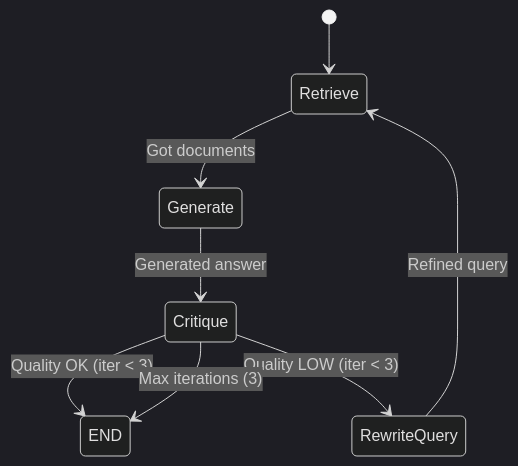
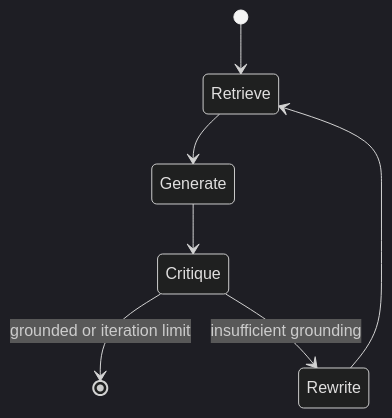
One commit to Ceskoslov/rag-prototype changed the second of 2 diagrams in docs/architecture.md. Above: the diagram before and after it, drawn with Mermaid (dark theme). The commit also changed other lines of this file and 110 other files, not shown here.

````diff
--- a/docs/architecture.md
+++ b/docs/architecture.md
@@ -138,10 +46,9 @@
 ```mermaid
 stateDiagram-v2
     [*] --> Retrieve
-    Retrieve --> Generate: Got documents
-    Generate --> Critique: Generated answer
-    Critique --> END: Quality OK (iter < 3)
-    Critique --> RewriteQuery: Quality LOW (iter < 3)
-    RewriteQuery --> Retrieve: Refined query
-    Critique --> END: Max iterations (3)
+    Retrieve --> Generate
+    Generate --> Critique
+    Critique --> [*]: grounded or iteration limit
+    Critique --> Rewrite: insufficient grounding
+    Rewrite --> Retrieve
 ```
````
